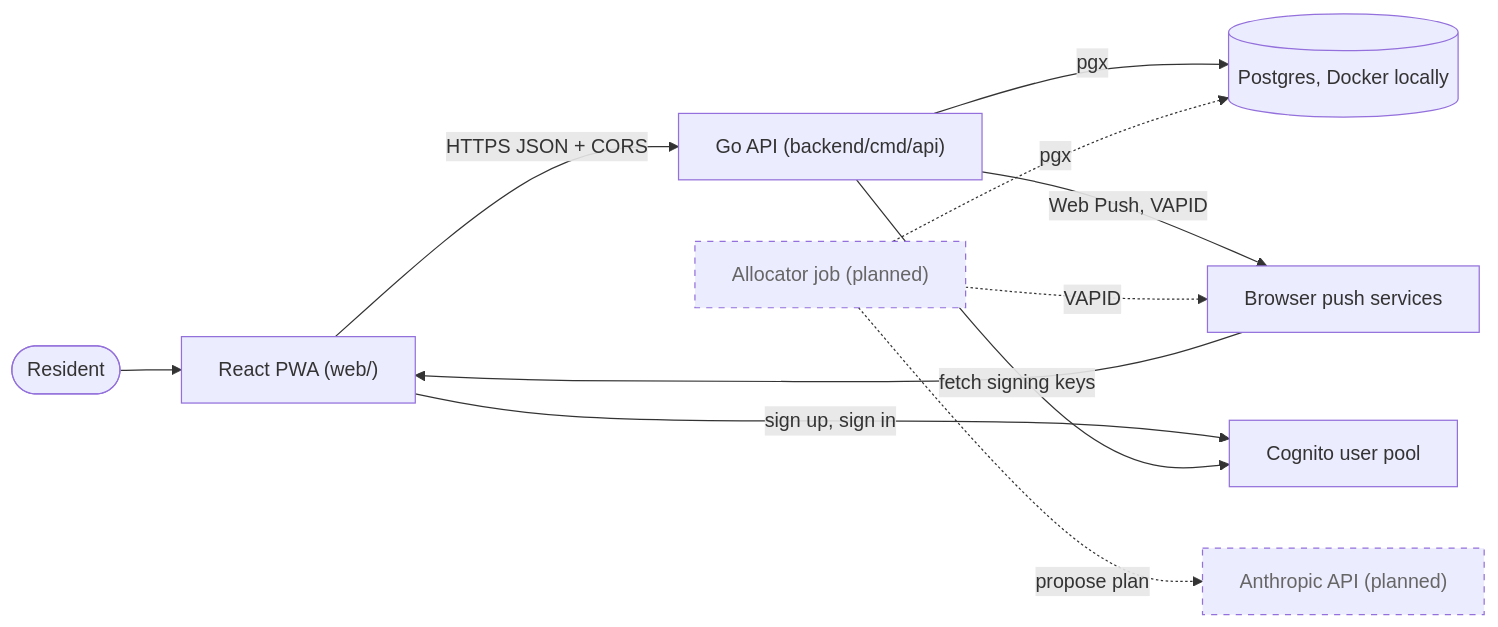
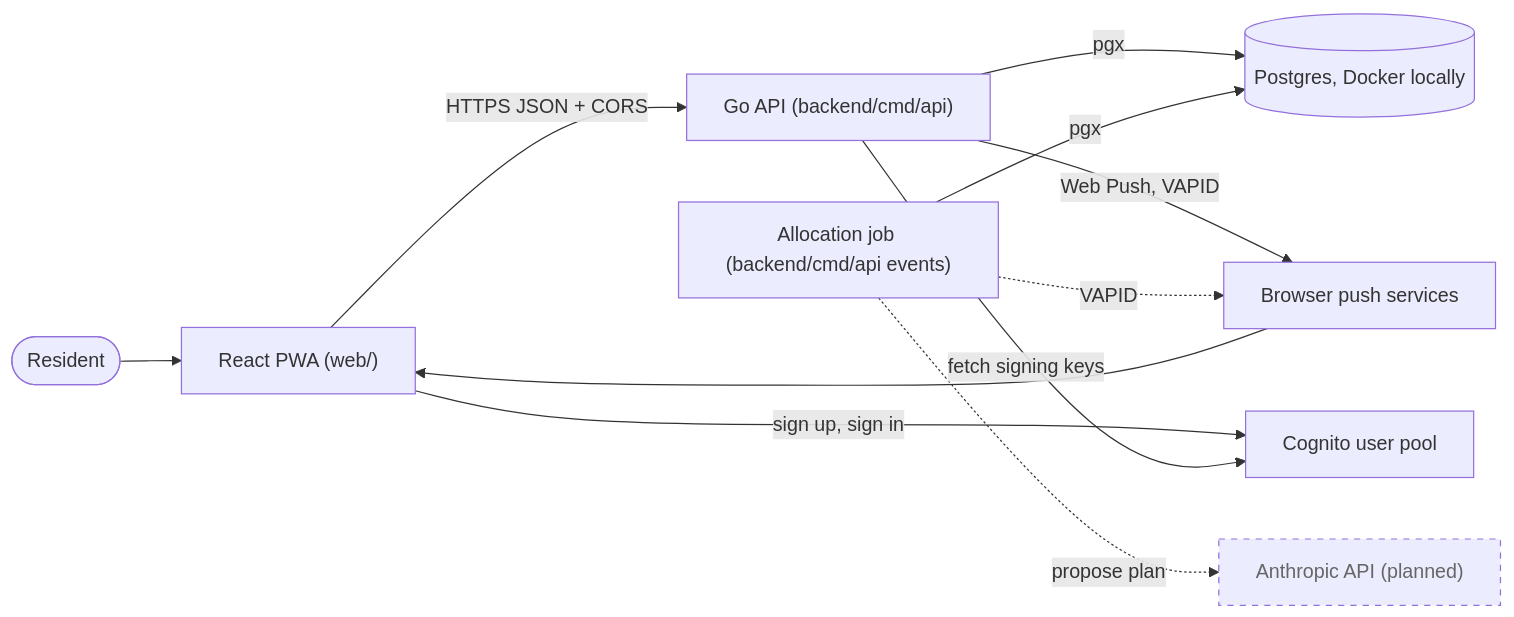
Before and after one commit to AbnerWillclefy/Homeowner: the second of 2 diagrams in docs/architecture/system-context.md, drawn with Mermaid. The commit also changed other lines of this file and 12 other files, not shown here.

Commit message:
feat(infra): schedule the allocation job and document it

````diff
--- a/docs/architecture/system-context.md
+++ b/docs/architecture/system-context.md
@@ -30,25 +30,25 @@
 ```mermaid
 flowchart LR
     R([Resident])
     PWA["React PWA (web/)"]
     API["Go API (backend/cmd/api)"]
     DB[("Postgres, Docker locally")]
-    ALLOC["Allocator job (planned)"]
+    ALLOC["Allocation job (backend/cmd/api events)"]
     COG["Cognito user pool"]
     LLM["Anthropic API (planned)"]
     PUSH["Browser push services"]
 
     R --> PWA
     PWA -->|HTTPS JSON + CORS| API
     API -->|pgx| DB
     API -->|Web Push, VAPID| PUSH
     PUSH --> PWA
     PWA -->|sign up, sign in| COG
     API -->|fetch signing keys| COG
-    ALLOC -.->|pgx| DB
+    ALLOC -->|pgx| DB
     ALLOC -.->|propose plan| LLM
     ALLOC -.->|VAPID| PUSH
 
     classDef planned stroke-dasharray: 5 5,color:#666
-    class ALLOC,LLM planned
+    class LLM planned
 ```
````
